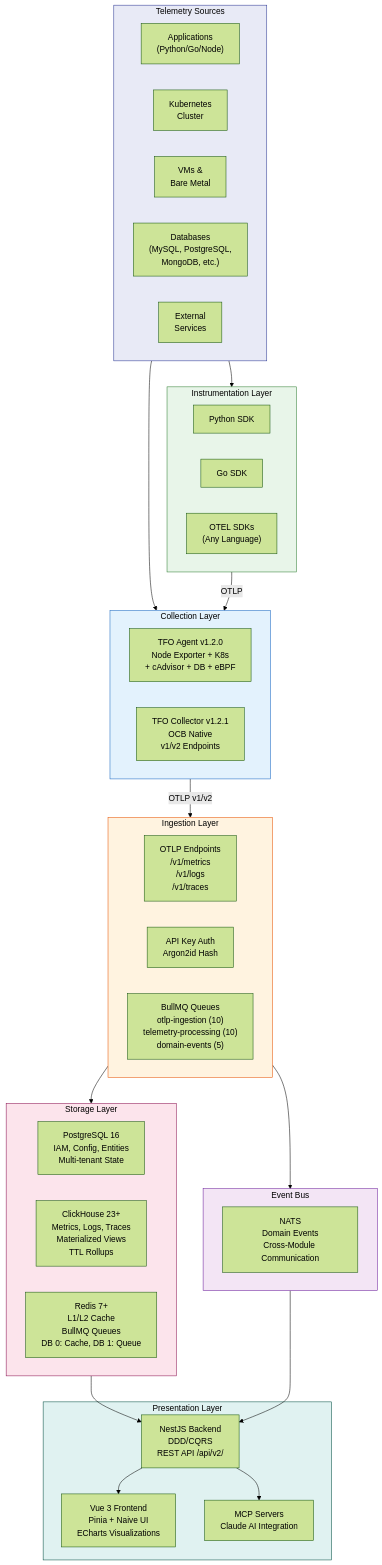
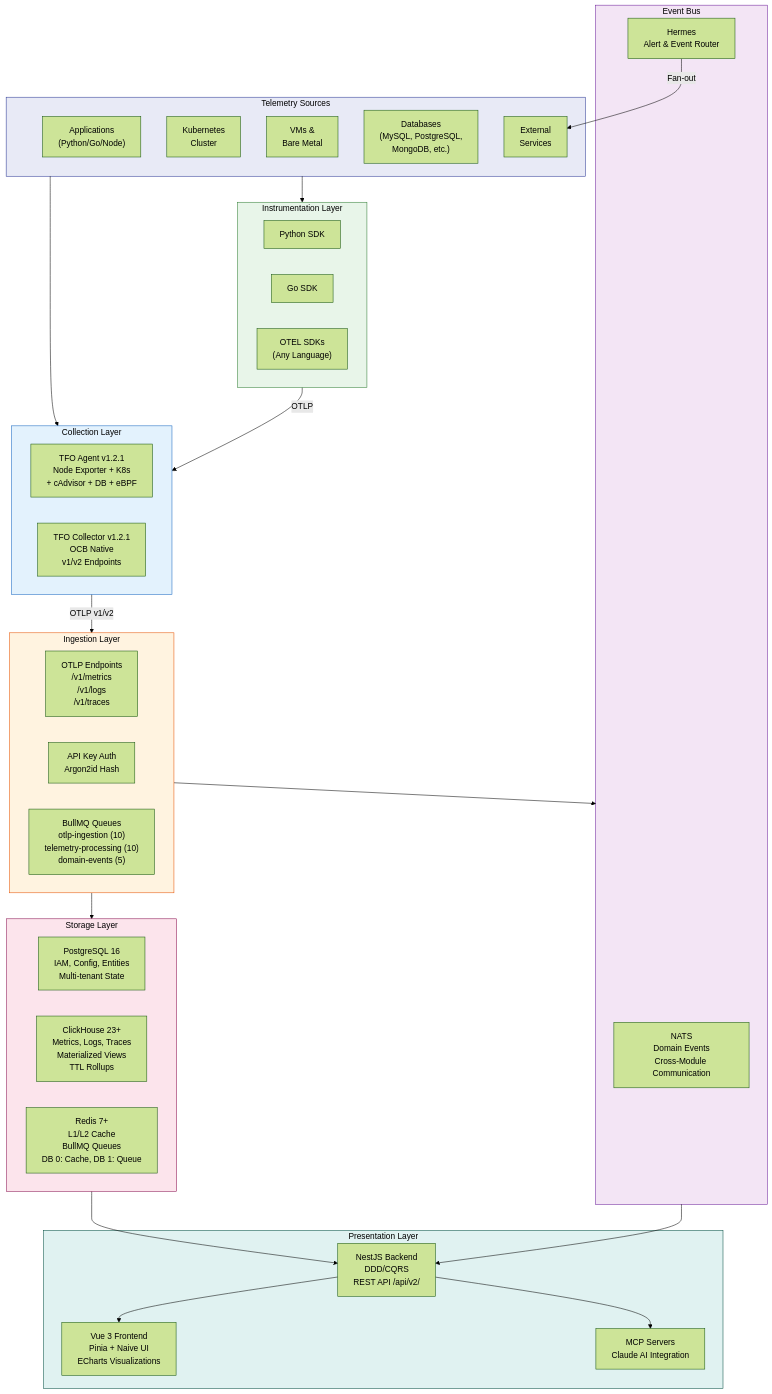
One commit to telemetryflow/.github changed the third of 18 diagrams in README.md. Above: the diagram before and after it, drawn with Mermaid (forest theme). The commit also changed other lines of this file and 19 other files, not shown here.

````diff
--- a/README.md
+++ b/README.md
@@ -134,62 +390,64 @@
 ```mermaid
 flowchart TB
     subgraph Sources["Telemetry Sources"]
         APP1["Applications<br/>(Python/Go/Node)"]
         K8S["Kubernetes<br/>Cluster"]
         VM["VMs &<br/>Bare Metal"]
         DB["Databases<br/>(MySQL, PostgreSQL,<br/>MongoDB, etc.)"]
         EXT["External<br/>Services"]
     end
 
     subgraph SDKs["Instrumentation Layer"]
         PSDK["Python SDK"]
         GSDK["Go SDK"]
         OTEL["OTEL SDKs<br/>(Any Language)"]
     end
 
     subgraph Collection["Collection Layer"]
-        AGENT["TFO Agent v1.2.0<br/>Node Exporter + K8s<br/>+ cAdvisor + DB + eBPF"]
+        AGENT["TFO Agent v1.2.1<br/>Node Exporter + K8s<br/>+ cAdvisor + DB + eBPF"]
         TFOC["TFO Collector v1.2.1<br/>OCB Native<br/>v1/v2 Endpoints"]
     end
 
     subgraph Ingestion["Ingestion Layer"]
         OTLP_EP["OTLP Endpoints<br/>/v1/metrics<br/>/v1/logs<br/>/v1/traces"]
         AUTH["API Key Auth<br/>Argon2id Hash"]
         QUEUE["BullMQ Queues<br/>otlp-ingestion (10)<br/>telemetry-processing (10)<br/>domain-events (5)"]
     end
 
     subgraph Storage["Storage Layer"]
         PG["PostgreSQL 16<br/>IAM, Config, Entities<br/>Multi-tenant State"]
         CH["ClickHouse 23+<br/>Metrics, Logs, Traces<br/>Materialized Views<br/>TTL Rollups"]
         RD["Redis 7+<br/>L1/L2 Cache<br/>BullMQ Queues<br/>DB 0: Cache, DB 1: Queue"]
     end
 
     subgraph Messaging["Event Bus"]
         NATS["NATS<br/>Domain Events<br/>Cross-Module Communication"]
+        HERMES["Hermes<br/>Alert & Event Router"]
     end
 
     subgraph Presentation["Presentation Layer"]
         BE["NestJS Backend<br/>DDD/CQRS<br/>REST API /api/v2/"]
         FE["Vue 3 Frontend<br/>Pinia + Naive UI<br/>ECharts Visualizations"]
         MCP["MCP Servers<br/>Claude AI Integration"]
     end
 
     Sources --> SDKs
     Sources --> Collection
     SDKs -->|"OTLP"| Collection
     Collection -->|"OTLP v1/v2"| Ingestion
     Ingestion --> Storage
     Ingestion --> Messaging
     Storage --> BE
     Messaging --> BE
     BE --> FE
     BE --> MCP
+    HERMES -->|"Fan-out"| EXT
 
     style Sources fill:#e8eaf6,stroke:#283593,color:#000
     style SDKs fill:#e8f5e9,stroke:#2e7d32,color:#000
     style Collection fill:#e3f2fd,stroke:#1565c0,color:#000
     style Ingestion fill:#fff3e0,stroke:#e65100,color:#000
     style Storage fill:#fce4ec,stroke:#880e4f,color:#000
     style Messaging fill:#f3e5f5,stroke:#6a1b9a,color:#000
     style Presentation fill:#e0f2f1,stroke:#004d40,color:#000
 ```
````
